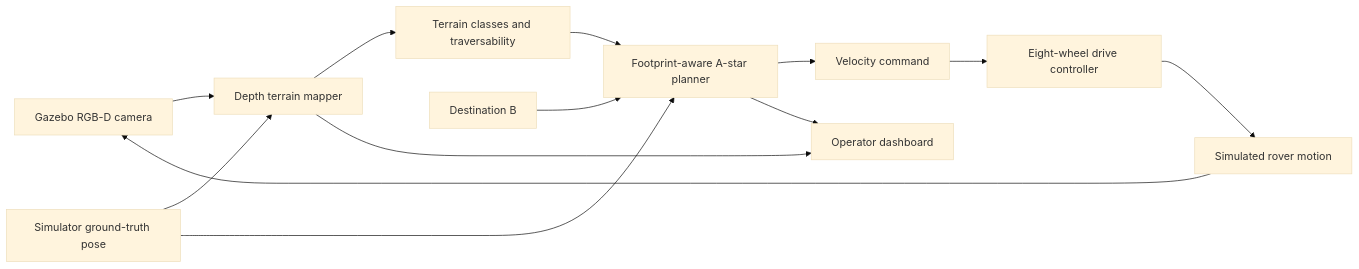
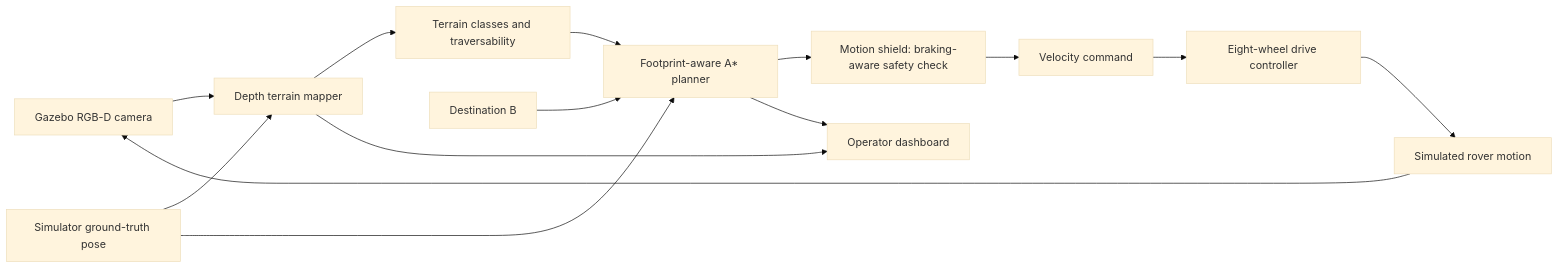
Before and after one commit to VIGIL-MULTI-PURPOSE-ROBOT/vigil-multi-purpose-ugv: the diagram in README.md, drawn with Mermaid (base theme). The commit also changed other lines of this file, not shown here.

````diff
--- a/README.md
+++ b/README.md
@@ -79,15 +58,16 @@
 ```mermaid
 flowchart LR
     C[Gazebo RGB-D camera] --> P[Depth terrain mapper]
     G[Simulator ground-truth pose] --> P
     P --> M[Terrain classes and traversability]
-    M --> N[Footprint-aware A-star planner]
+    M --> N[Footprint-aware A* planner]
     G --> N
     B[Destination B] --> N
-    N --> V[Velocity command]
+    N --> S[Motion shield: braking-aware safety check]
+    S --> V[Velocity command]
     V --> D[Eight-wheel drive controller]
     D --> R[Simulated rover motion]
     R --> C
     P --> U[Operator dashboard]
     N --> U
 ```
````
